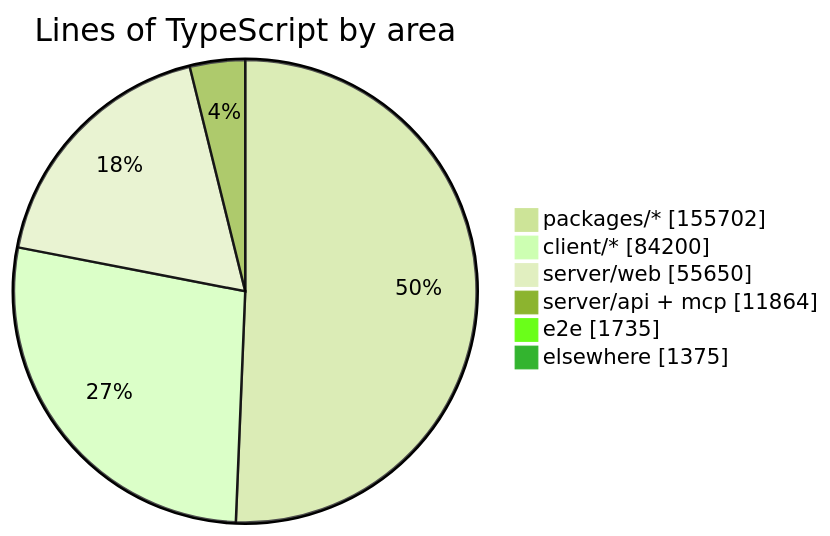
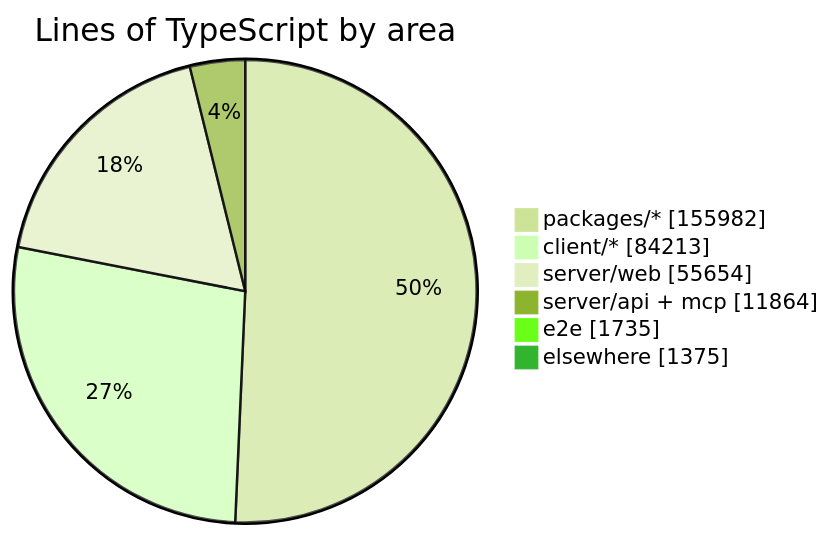
Before and after one commit to crossworks-engineering/mantle: the diagram in README.md, drawn with Mermaid (forest theme). The commit also changed other lines of this file and 4 other files, not shown here.

````diff
--- a/README.md
+++ b/README.md
@@ -279,9 +279,9 @@
 ```mermaid
 pie showData title Lines of TypeScript by area
-    "packages/*" : 155702
-    "client/*" : 84200
-    "server/web" : 55650
+    "packages/*" : 155982
+    "client/*" : 84213
+    "server/web" : 55654
     "server/api + mcp" : 11864
     "e2e" : 1735
     "elsewhere" : 1375
 ```
````
